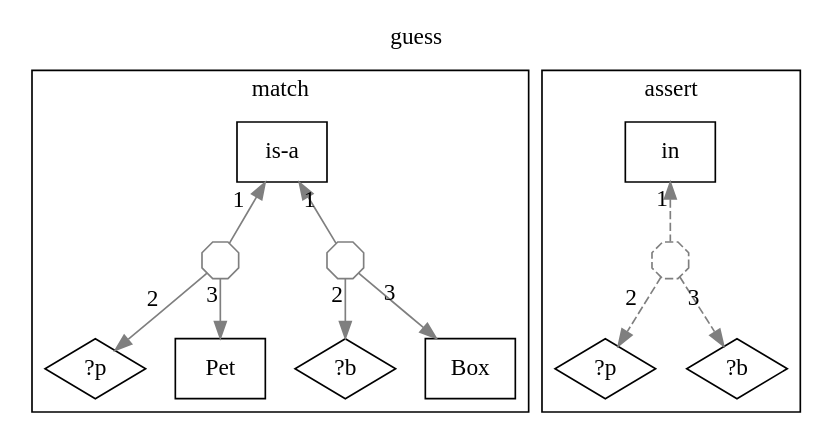
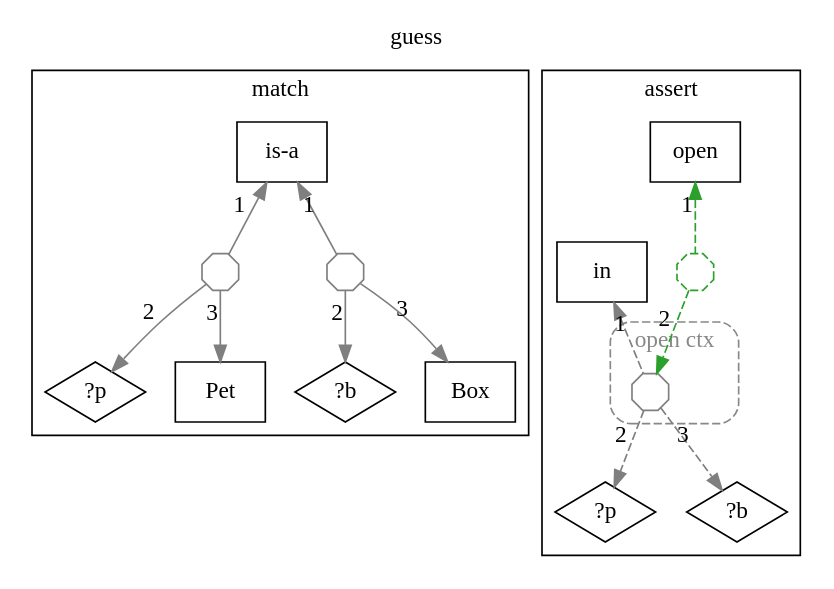
One commit to agutikov/ein changed the diagram in docs/ein/user/03-syntax-and-semantics/diagrams/06-rule-guess.dot. Above: the diagram before and after it, drawn with Graphviz. The commit also changed 119 other files, not shown here.

```diff
--- a/docs/ein/user/03-syntax-and-semantics/diagrams/06-rule-guess.dot
+++ b/docs/ein/user/03-syntax-and-semantics/diagrams/06-rule-guess.dot
@@ -1,28 +1,35 @@
 digraph rule_guess_lhs_rhs {
   rankdir=TB;
   label="guess"; labelloc=t;
   subgraph cluster_lhs { label="match";
     "is-a_L" [label="is-a", shape=box];
     "?p_L" [label="?p", shape=diamond];
     "Pet_L" [label="Pet", shape=box];
     "?b_L" [label="?b", shape=diamond];
     "Box_L" [label="Box", shape=box];
     "h1_is-a_L" [shape=octagon, label="", width=0.3, height=0.3, fixedsize=true, color="#7f7f7f"];
     "is-a_L" -> "h1_is-a_L" [xlabel="1", dir=back, color="#7f7f7f"];
     "h1_is-a_L" -> "?p_L" [xlabel="2", color="#7f7f7f"];
     "h1_is-a_L" -> "Pet_L" [xlabel="3", color="#7f7f7f"];
     "h2_is-a_L" [shape=octagon, label="", width=0.3, height=0.3, fixedsize=true, color="#7f7f7f"];
     "is-a_L" -> "h2_is-a_L" [xlabel="1", dir=back, color="#7f7f7f"];
     "h2_is-a_L" -> "?b_L" [xlabel="2", color="#7f7f7f"];
     "h2_is-a_L" -> "Box_L" [xlabel="3", color="#7f7f7f"];
   }
   subgraph cluster_rhs { label="assert";
+    "open_R" [label="open", shape=box];
     "in_R" [label="in", shape=box];
     "?p_R" [label="?p", shape=diamond];
     "?b_R" [label="?b", shape=diamond];
-    "h3_in_R" [shape=octagon, label="", width=0.3, height=0.3, fixedsize=true, color="#7f7f7f", style=dashed];
-    "in_R" -> "h3_in_R" [xlabel="1", dir=back, color="#7f7f7f", style=dashed];
-    "h3_in_R" -> "?p_R" [xlabel="2", color="#7f7f7f", style=dashed];
-    "h3_in_R" -> "?b_R" [xlabel="3", color="#7f7f7f", style=dashed];
+    subgraph cluster_ctx_R_0 {
+      label="open ctx"; style="dashed,rounded"; color="#888888"; fontcolor="#888888";
+      "(in ?p ?b)_R" [shape=octagon, label="", width=0.3, height=0.3, fixedsize=true, color="#7f7f7f"];
+    }
+    "h3_open_R" [shape=octagon, label="", width=0.3, height=0.3, fixedsize=true, color="#2ca02c", style=dashed];
+    "open_R" -> "h3_open_R" [xlabel="1", dir=back, color="#2ca02c", style=dashed];
+    "h3_open_R" -> "(in ?p ?b)_R" [xlabel="2", color="#2ca02c", style=dashed];
+    "in_R" -> "(in ?p ?b)_R" [xlabel="1", dir=back, color="#7f7f7f", style=dashed];
+    "(in ?p ?b)_R" -> "?p_R" [xlabel="2", color="#7f7f7f", style=dashed];
+    "(in ?p ?b)_R" -> "?b_R" [xlabel="3", color="#7f7f7f", style=dashed];
   }
 }
```
